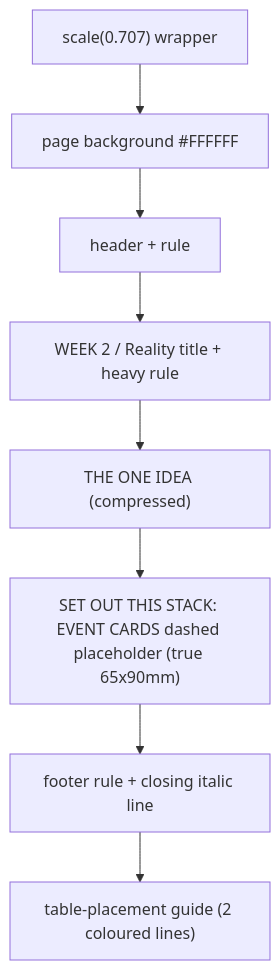
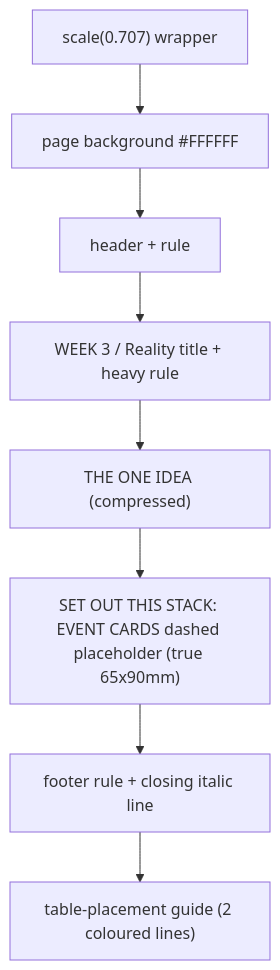
Before and after one commit to Hegerstrand/seven-weeks: diagram 11 of 11 in components/specs/boards.md, drawn with Mermaid. The commit also changed other lines of this file and 83 other files, not shown here.

````diff
--- a/components/specs/boards.md
+++ b/components/specs/boards.md
@@ -869,10 +871,10 @@
 ```mermaid
 graph TD
   A["scale(0.707) wrapper"] --> B["page background #FFFFFF"]
   B --> C["header + rule"]
-  C --> D["WEEK 2 / Reality title + heavy rule"]
+  C --> D["WEEK 3 / Reality title + heavy rule"]
   D --> E["THE ONE IDEA (compressed)"]
   E --> F["SET OUT THIS STACK: EVENT CARDS dashed placeholder (true 65x90mm)"]
   F --> H["footer rule + closing italic line"]
   H --> I["table-placement guide (2 coloured lines)"]
 ```
````
